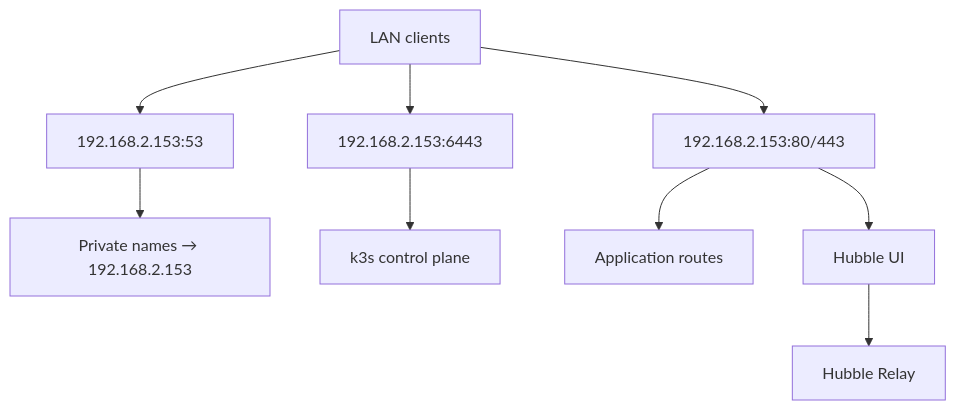
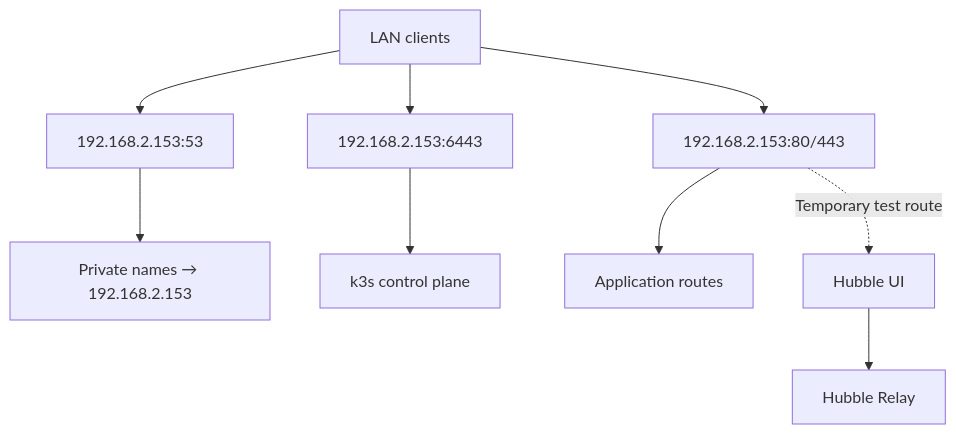
The diagram in docs/design.md (Sebastian-Nowaczyk-Elektrorecykling/minimum-k8s-net-elektro), drawn with Mermaid before and after one commit. The commit also changed other lines of this file and 20 other files, not shown here.

First line of the commit message:
Make Hubble LAN access an explicit temporary test route

````diff
--- a/docs/design.md
+++ b/docs/design.md
@@ -3,11 +3,11 @@
 ```mermaid
 flowchart TD
   LAN[LAN clients] --> DNS["192.168.2.153:53"]
   DNS --> Names["Private names → 192.168.2.153"]
   LAN --> API["192.168.2.153:6443"]
   API --> K3s[k3s control plane]
   LAN --> Gateway["192.168.2.153:80/443"]
   Gateway --> Apps[Application routes]
-  Gateway --> Hubble[Hubble UI]
+  Gateway -. Temporary test route .-> Hubble[Hubble UI]
   Hubble --> Relay[Hubble Relay]
 ```
````
